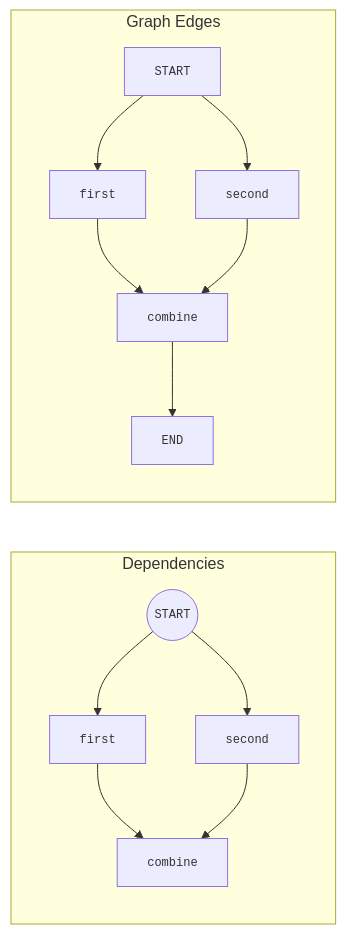
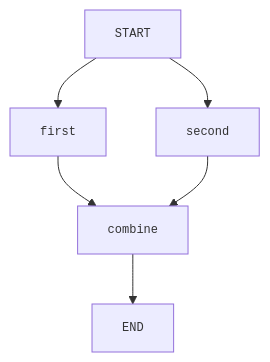
One commit to ShaojieJiang/orcheo changed the diagram in packages/sdk/README.md. Above: the diagram before and after it, drawn with Mermaid.

Commit message:
Remove dependencies subgraph

````diff
--- a/packages/sdk/README.md
+++ b/packages/sdk/README.md
@@ -38,19 +38,10 @@
 ```mermaid
-flowchart LR
-    subgraph Dependencies
-        START((START)) --> first
-        START --> second
-        first --> combine
-        second --> combine
-    end
-
-    subgraph Graph_Edges[Graph Edges]
-        S[START] --> first_edge[first]
-        S --> second_edge[second]
-        first_edge --> combine_edge[combine]
-        second_edge --> combine_edge
-        combine_edge --> E[END]
-    end
+flowchart TD
+    S[START] --> first_edge[first]
+    S --> second_edge[second]
+    first_edge --> combine_edge[combine]
+    second_edge --> combine_edge
+    combine_edge --> E[END]
 
     classDef default font-family:monospace,font-size:12px;
 ```
````
